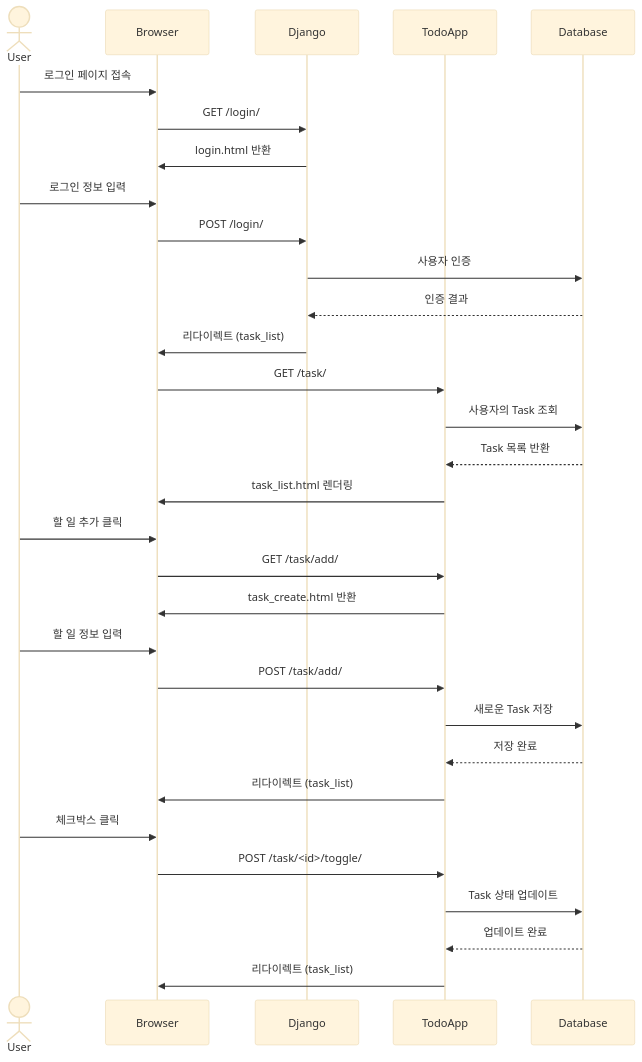
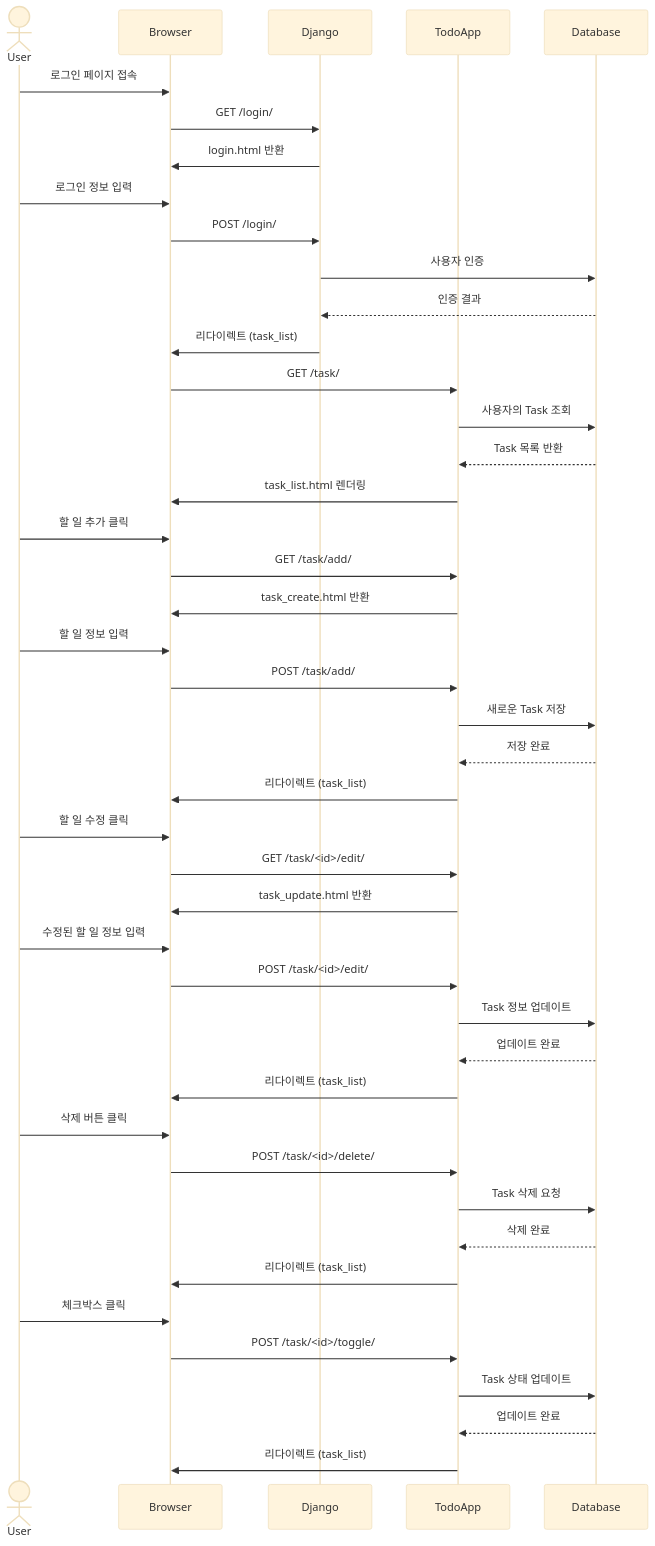
The diagram in readme.md (online5880/django-todo-list), drawn with Mermaid (base theme) before and after one commit.

````diff
--- a/readme.md
+++ b/readme.md
@@ -100,41 +100,59 @@
 ```mermaid
 sequenceDiagram
     actor User
     participant Browser
     participant Django
     participant TodoApp
     participant Database
 
     %% 로그인 프로세스
     User->>Browser: 로그인 페이지 접속
     Browser->>Django: GET /login/
     Django->>Browser: login.html 반환
     User->>Browser: 로그인 정보 입력
     Browser->>Django: POST /login/
     Django->>Database: 사용자 인증
     Database-->>Django: 인증 결과
     Django->>Browser: 리다이렉트 (task_list)
 
-    %% Todo 리스트 조회
+    %% Todo 리스트 조회 (READ)
     Browser->>TodoApp: GET /task/
     TodoApp->>Database: 사용자의 Task 조회
     Database-->>TodoApp: Task 목록 반환
     TodoApp->>Browser: task_list.html 렌더링
 
-    %% Todo 항목 생성
+    %% Todo 항목 생성 (CREATE)
     User->>Browser: 할 일 추가 클릭
     Browser->>TodoApp: GET /task/add/
     TodoApp->>Browser: task_create.html 반환
     User->>Browser: 할 일 정보 입력
     Browser->>TodoApp: POST /task/add/
     TodoApp->>Database: 새로운 Task 저장
     Database-->>TodoApp: 저장 완료
     TodoApp->>Browser: 리다이렉트 (task_list)
 
-    %% Todo 상태 토글
+    %% Todo 항목 수정 (UPDATE)
+    User->>Browser: 할 일 수정 클릭
+    Browser->>TodoApp: GET /task/<id>/edit/
+    TodoApp->>Browser: task_update.html 반환
+    User->>Browser: 수정된 할 일 정보 입력
+    Browser->>TodoApp: POST /task/<id>/edit/
+    TodoApp->>Database: Task 정보 업데이트
+    Database-->>TodoApp: 업데이트 완료
+    TodoApp->>Browser: 리다이렉트 (task_list)
+
+    %% Todo 항목 삭제 (DELETE)
+    User->>Browser: 삭제 버튼 클릭
+    Browser->>TodoApp: POST /task/<id>/delete/
+    TodoApp->>Database: Task 삭제 요청
+    Database-->>TodoApp: 삭제 완료
+    TodoApp->>Browser: 리다이렉트 (task_list)
+
+    %% Todo 상태 토글 (COMPLETE/INCOMPLETE)
     User->>Browser: 체크박스 클릭
     Browser->>TodoApp: POST /task/<id>/toggle/
     TodoApp->>Database: Task 상태 업데이트
     Database-->>TodoApp: 업데이트 완료
     TodoApp->>Browser: 리다이렉트 (task_list)
+
 ```
````
